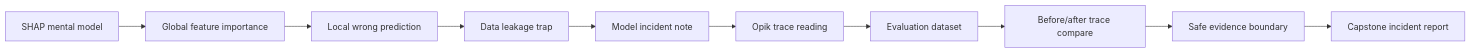
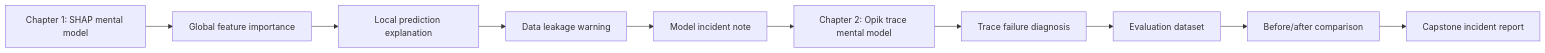
One commit to alex-au-922/hkpug-meetup-ai-explainability-challenge changed the diagram in docs/index.md. Above: the diagram before and after it, drawn with Mermaid. The commit also changed other lines of this file and 13 other files, not shown here.

````diff
--- a/docs/index.md
+++ b/docs/index.md
@@ -35,12 +65,12 @@
 ```mermaid
 flowchart LR
-  A["SHAP mental model"] --> B["Global feature importance"]
-  B --> C["Local wrong prediction"]
-  C --> D["Data leakage trap"]
+  A["Chapter 1: SHAP mental model"] --> B["Global feature importance"]
+  B --> C["Local prediction explanation"]
+  C --> D["Data leakage warning"]
   D --> E["Model incident note"]
-  E --> F["Opik trace reading"]
-  F --> G["Evaluation dataset"]
-  G --> H["Before/after trace compare"]
-  H --> I["Safe evidence boundary"]
+  E --> F["Chapter 2: Opik trace mental model"]
+  F --> G["Trace failure diagnosis"]
+  G --> H["Evaluation dataset"]
+  H --> I["Before/after comparison"]
   I --> J["Capstone incident report"]
 ```
````
